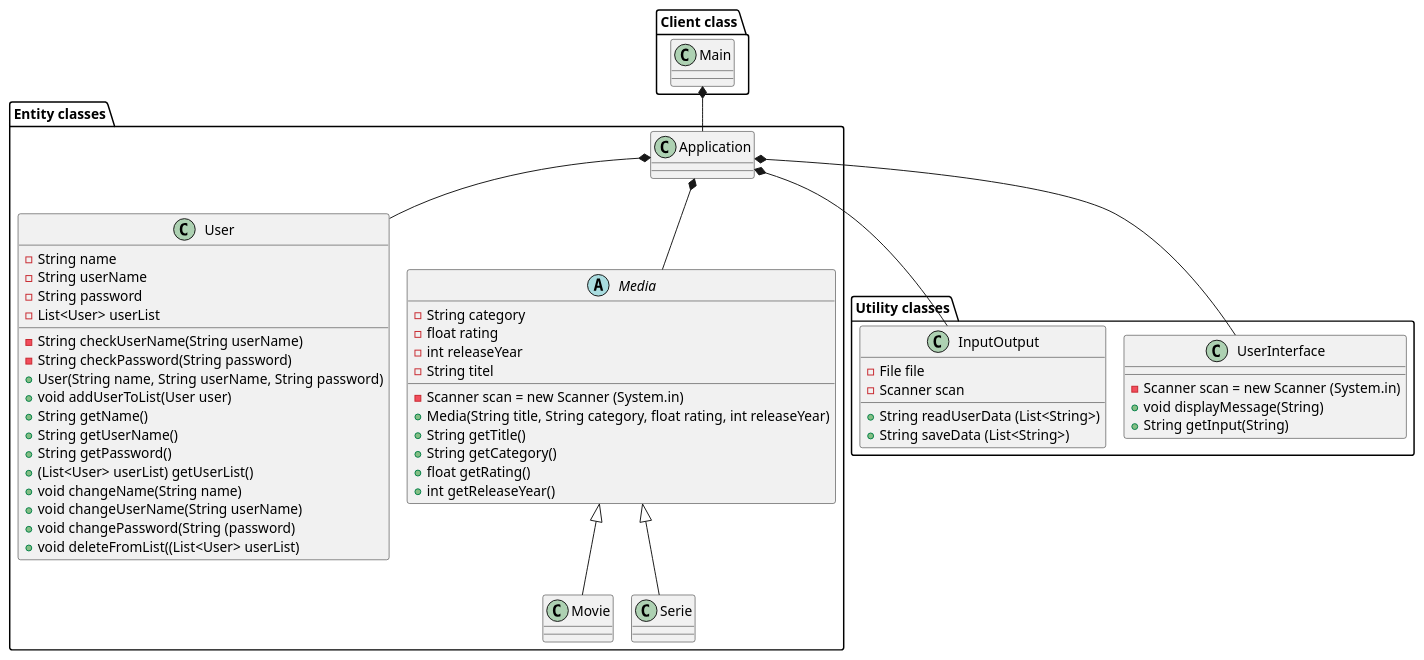
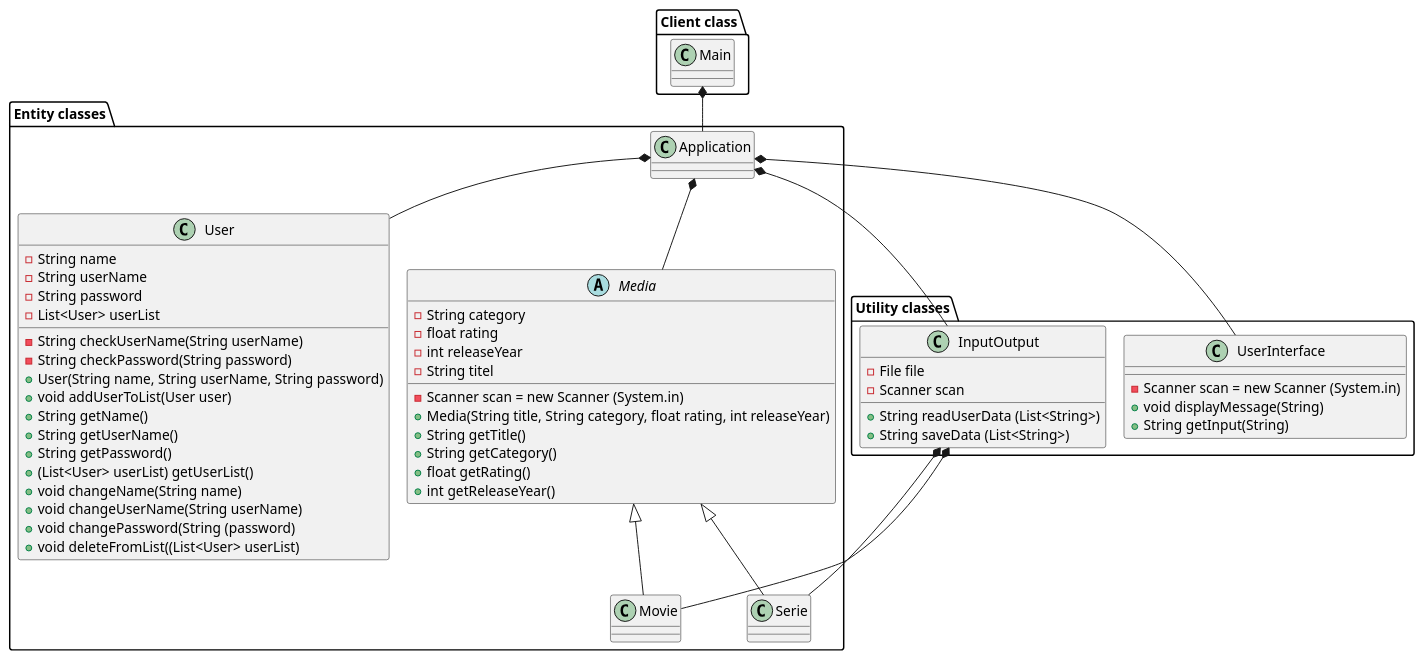
One commit to badranyoussef/SP3 changed the diagram in Documentation/classDiagramUpdated.puml. Above: the diagram before and after it, drawn with PlantUML. The commit also changed 1 other file, not shown here.

```diff
--- a/Documentation/classDiagramUpdated.puml
+++ b/Documentation/classDiagramUpdated.puml
@@ -1,74 +1,76 @@
 @startuml
 'https://plantuml.com/class-diagram
 !pragma layout smetana
 
 'Client Package
 package "Client class"{
 class Main
 }
 
 'Utility Package
 package "Utility classes"{
 class UserInterface
 class InputOutput
 }
 
 'Entity Package
 package "Entity classes"{
 class Movie
 class Serie
 class Application
 class User
 abstract Media
 }
 
 'Label on Relations !MANGLER
 Application *-- UserInterface
 Application *-- InputOutput
 Application *-- User
 Application *-- Media
 Media <|-- Serie
 Media <|-- Movie
+InputOutput *-- Movie
+InputOutput *-- Serie
 Main *-- Application
 
 'Class Methods & Attributes
 
 User : - String name
 User : - String userName
 User : - String password
 User : - List<User> userList
 User : - String checkUserName(String userName)
 User : - String checkPassword(String password)
 User : + User(String name, String userName, String password)
 User : + void addUserToList(User user)
 User : + String getName()
 User : + String getUserName()
 User : + String getPassword()
 User : + (List<User> userList) getUserList()
 User : + void changeName(String name)
 User : + void changeUserName(String userName)
 User : + void changePassword(String (password)
 User : + void deleteFromList((List<User> userList)
 
 
 InputOutput : - File file
 InputOutput : - Scanner scan
 InputOutput : + String readUserData (List<String>)
 InputOutput : + String saveData (List<String>)
 
 UserInterface : - Scanner scan = new Scanner (System.in)
 UserInterface : + void displayMessage(String)
 UserInterface : + String getInput(String)
 
 Media : - Scanner scan = new Scanner (System.in)
 Media : - String category
 Media : - float rating
 Media : - int releaseYear
 Media : - String titel
 Media : + Media(String title, String category, float rating, int releaseYear)
 Media : + String getTitle()
 Media : + String getCategory()
 Media : + float getRating()
 Media : + int getReleaseYear()
 
 @enduml
```
